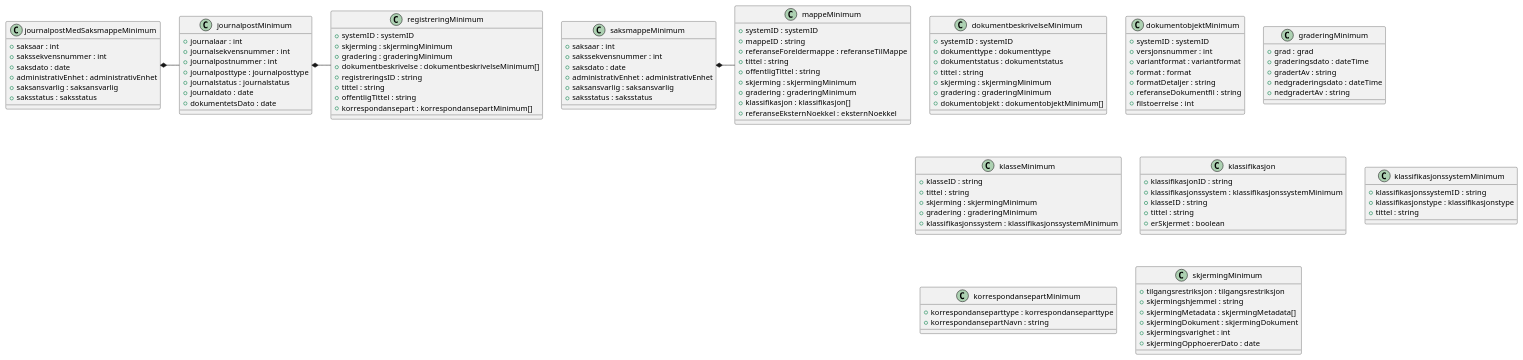
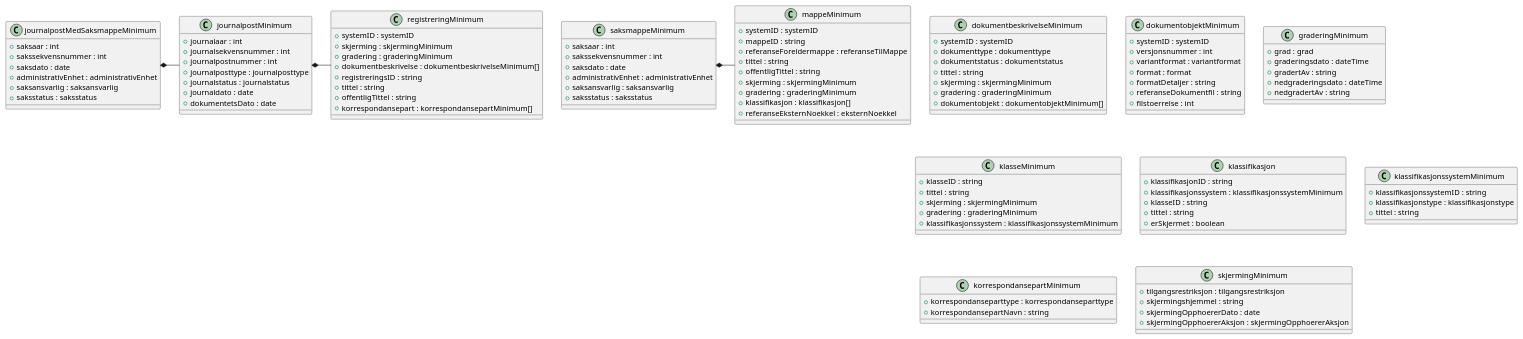
The diagram in Dokumentasjon/V1/SchemaModels/arkivstrukturMinimum.pu (ks-no/fiks-arkiv-specification), drawn with PlantUML before and after one commit. The commit also changed 61 other files, not shown here.

```diff
--- a/Dokumentasjon/V1/SchemaModels/arkivstrukturMinimum.pu
+++ b/Dokumentasjon/V1/SchemaModels/arkivstrukturMinimum.pu
@@ -1,109 +1,107 @@
 @startuml
 
 class dokumentbeskrivelseMinimum {
     +systemID : systemID
     +dokumenttype : dokumenttype
     +dokumentstatus : dokumentstatus
     +tittel : string
     +skjerming : skjermingMinimum
     +gradering : graderingMinimum
     +dokumentobjekt : dokumentobjektMinimum[]
 }
 class dokumentobjektMinimum {
     +systemID : systemID
     +versjonsnummer : int
     +variantformat : variantformat
     +format : format
     +formatDetaljer : string
     +referanseDokumentfil : string
     +filstoerrelse : int
 }
 class graderingMinimum {
     +grad : grad
     +graderingsdato : dateTime
     +gradertAv : string
     +nedgraderingsdato : dateTime
     +nedgradertAv : string
 }
 class journalpostMedSaksmappeMinimum {
     +saksaar : int
     +sakssekvensnummer : int
     +saksdato : date
     +administrativEnhet : administrativEnhet
     +saksansvarlig : saksansvarlig
     +saksstatus : saksstatus
 }
 journalpostMedSaksmappeMinimum *- journalpostMinimum
 class journalpostMinimum {
     +journalaar : int
     +journalsekvensnummer : int
     +journalpostnummer : int
     +journalposttype : journalposttype
     +journalstatus : journalstatus
     +journaldato : date
     +dokumentetsDato : date
 }
 journalpostMinimum *- registreringMinimum
 class klasseMinimum {
     +klasseID : string
     +tittel : string
     +skjerming : skjermingMinimum
     +gradering : graderingMinimum
     +klassifikasjonssystem : klassifikasjonssystemMinimum
 }
 class klassifikasjon {
     +klassifikasjonID : string
     +klassifikasjonssystem : klassifikasjonssystemMinimum
     +klasseID : string
     +tittel : string
     +erSkjermet : boolean
 }
 class klassifikasjonssystemMinimum {
     +klassifikasjonssystemID : string
     +klassifikasjonstype : klassifikasjonstype
     +tittel : string
 }
 class korrespondansepartMinimum {
     +korrespondanseparttype : korrespondanseparttype
     +korrespondansepartNavn : string
 }
 class mappeMinimum {
     +systemID : systemID
     +mappeID : string
     +referanseForeldermappe : referanseTilMappe
     +tittel : string
     +offentligTittel : string
     +skjerming : skjermingMinimum
     +gradering : graderingMinimum
     +klassifikasjon : klassifikasjon[]
     +referanseEksternNoekkel : eksternNoekkel
 }
 class registreringMinimum {
     +systemID : systemID
     +skjerming : skjermingMinimum
     +gradering : graderingMinimum
     +dokumentbeskrivelse : dokumentbeskrivelseMinimum[]
     +registreringsID : string
     +tittel : string
     +offentligTittel : string
     +korrespondansepart : korrespondansepartMinimum[]
 }
 class saksmappeMinimum {
     +saksaar : int
     +sakssekvensnummer : int
     +saksdato : date
     +administrativEnhet : administrativEnhet
     +saksansvarlig : saksansvarlig
     +saksstatus : saksstatus
 }
 saksmappeMinimum *- mappeMinimum
 class skjermingMinimum {
     +tilgangsrestriksjon : tilgangsrestriksjon
     +skjermingshjemmel : string
-    +skjermingMetadata : skjermingMetadata[]
-    +skjermingDokument : skjermingDokument
-    +skjermingsvarighet : int
     +skjermingOpphoererDato : date
+    +skjermingOpphoererAksjon : skjermingOpphoererAksjon
 }
 
 @enduml
```
